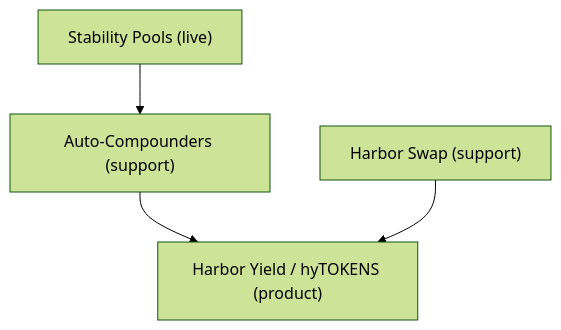
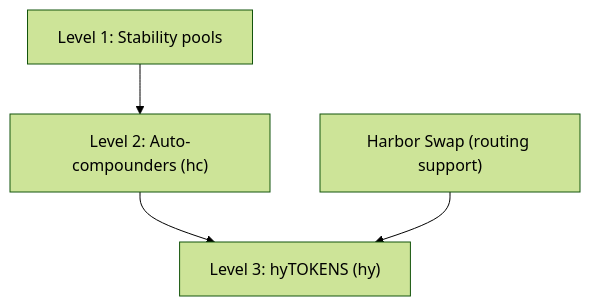
Before and after one commit to baofinance/harbor-docs: the second of 2 diagrams in docs/harbor-yield.md, drawn with Mermaid (forest theme). The commit also changed other lines of this file and 5 other files, not shown here.

First line of the commit message:
docs: clarify Harbor Yield’s three participation levels

````diff
--- a/docs/harbor-yield.md
+++ b/docs/harbor-yield.md
@@ -29,11 +62,11 @@
 ```mermaid
 flowchart TB
-  SP["Stability Pools (live)"]
-  AC["Auto-Compounders (support)"]
-  HY["Harbor Yield / hyTOKENS (product)"]
-  Swap["Harbor Swap (support)"]
+  SP["Level 1: Stability pools"]
+  AC["Level 2: Auto-compounders (hc)"]
+  HY["Level 3: hyTOKENS (hy)"]
+  Swap["Harbor Swap (routing support)"]
 
   SP --> AC
   AC --> HY
   Swap --> HY
 ```
````
